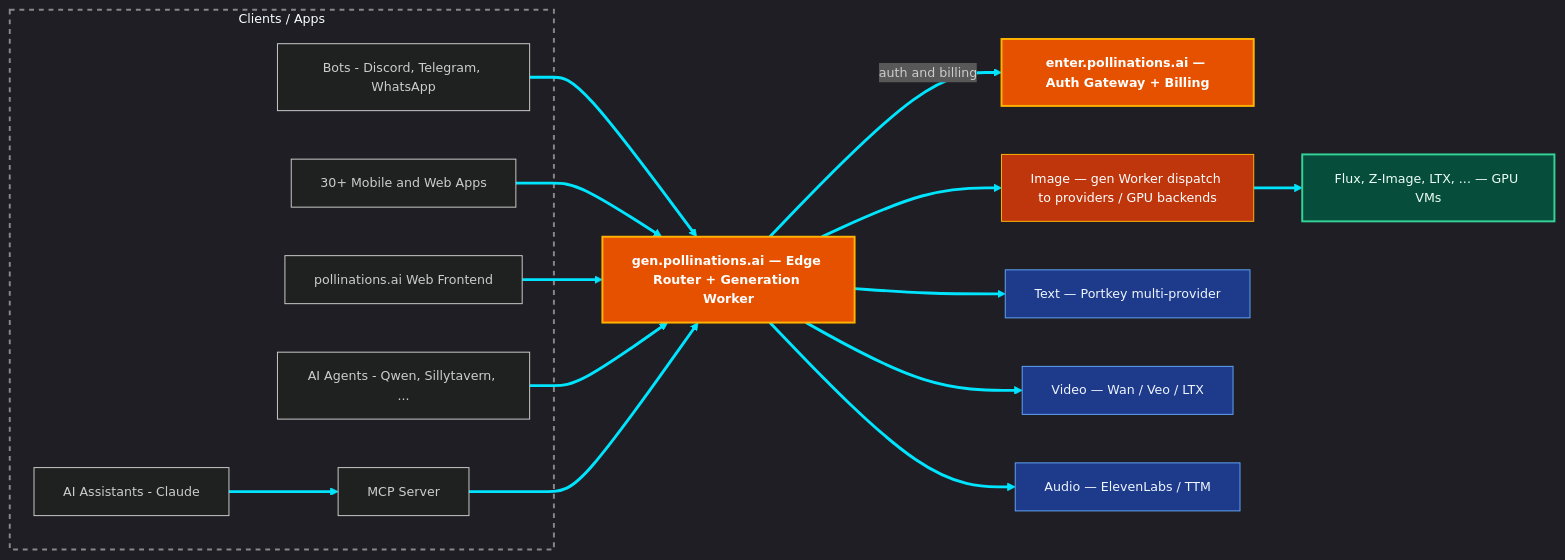
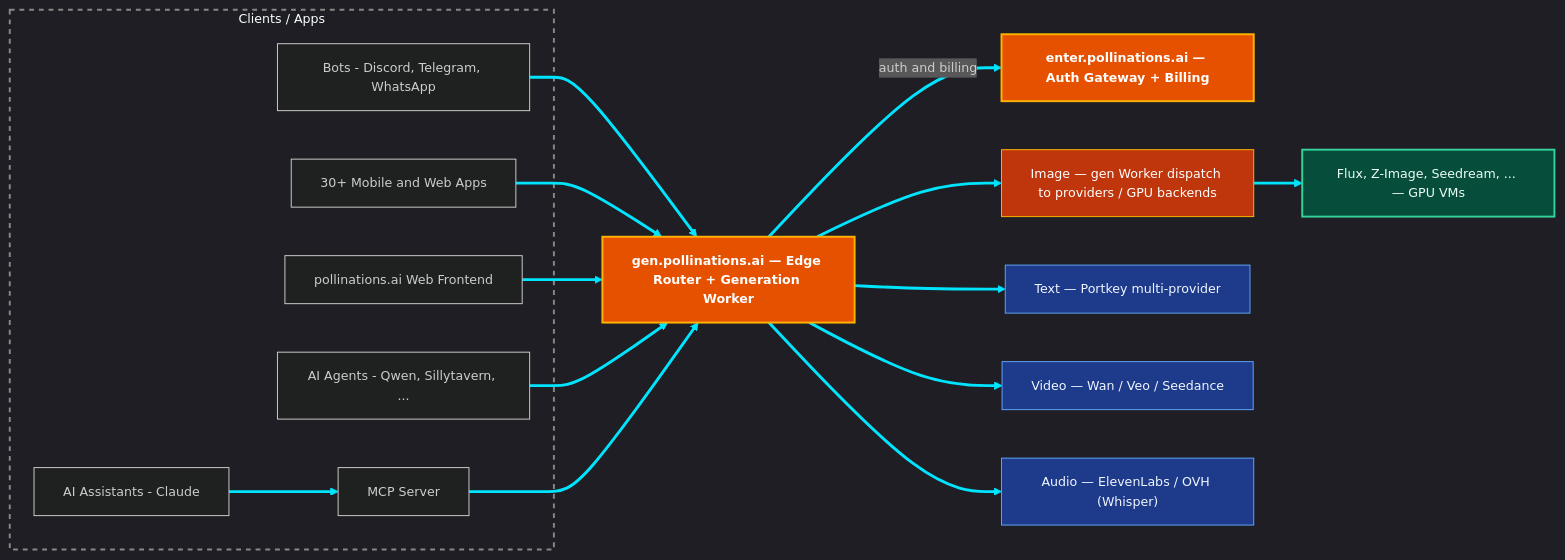
Before and after one commit to pollinations/pollinations: the diagram in README.md, drawn with Mermaid.

Commit message:
docs: fix architecture diagram model names

````diff
--- a/README.md
+++ b/README.md
@@ -362,38 +362,38 @@
 ```mermaid
 %%{init: {'theme': 'dark', 'themeVariables': { 'background': '#1a1a1a', 'primaryColor': '#2a2a2a', 'primaryBorderColor': '#555555', 'primaryTextColor': '#eeeeee', 'lineColor': '#00e5ff', 'clusterBkg': 'transparent', 'clusterBorder': '#888888', 'fontSize': '13px', 'fontFamily': 'Inter, system-ui, sans-serif'}}}%%
 
 graph LR
     subgraph CLIENTS["Clients / Apps"]
         Q[Bots - Discord, Telegram, WhatsApp]
         N[30+ Mobile and Web Apps]
         A[pollinations.ai Web Frontend]
         R[AI Agents - Qwen, Sillytavern, ...]
         AI[AI Assistants - Claude]
         MCP[MCP Server]
     end
 
     AI --> MCP
     Q --> GEN
     N --> GEN
     A --> GEN
     R --> GEN
     MCP --> GEN
 
     GEN["gen.pollinations.ai — Edge Router + Generation Worker"]:::cfWorker -->|auth and billing| ENTER["enter.pollinations.ai — Auth Gateway + Billing"]:::cfWorker
 
     GEN --> IMG["Image — gen Worker dispatch to providers / GPU backends"]:::cfWorkerLight
-    IMG --> D["Flux, Z-Image, LTX, ... — GPU VMs"]:::gpuNode
+    IMG --> D["Flux, Z-Image, Seedream, ... — GPU VMs"]:::gpuNode
 
     GEN --> TXT["Text — Portkey multi-provider"]:::provider
-    GEN --> VID["Video — Wan / Veo / LTX"]:::provider
-    GEN --> AUD["Audio — ElevenLabs / TTM"]:::provider
+    GEN --> VID["Video — Wan / Veo / Seedance"]:::provider
+    GEN --> AUD["Audio — ElevenLabs / OVH (Whisper)"]:::provider
 
     style CLIENTS fill:none,stroke:#888,stroke-width:2px,stroke-dasharray: 5 5
 
     linkStyle default stroke-width:3px,stroke:#00E5FF
 
     classDef cfWorker fill:#E65100,color:#fff,stroke:#FFB300,stroke-width:2px,font-weight:bold
     classDef cfWorkerLight fill:#BF360C,color:#fff,stroke:#FFB300,stroke-width:1px
     classDef gpuNode fill:#064E3B,stroke:#34D399,color:#ECFDF5,stroke-width:2px
     classDef provider fill:#1E3A8A,stroke:#60A5FA,color:#EFF6FF,stroke-width:1px
 ```
````
